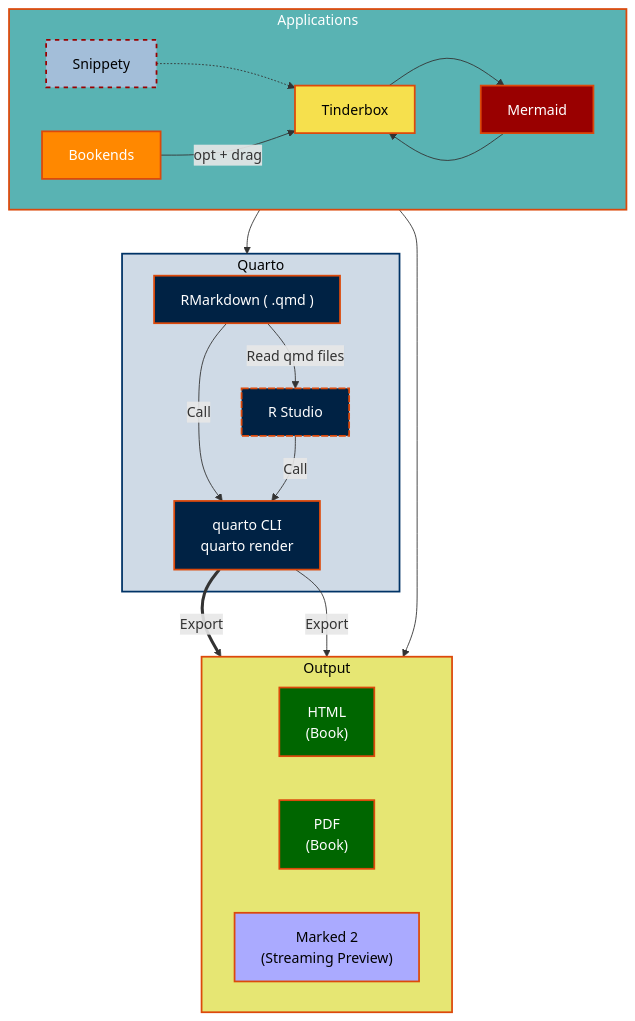
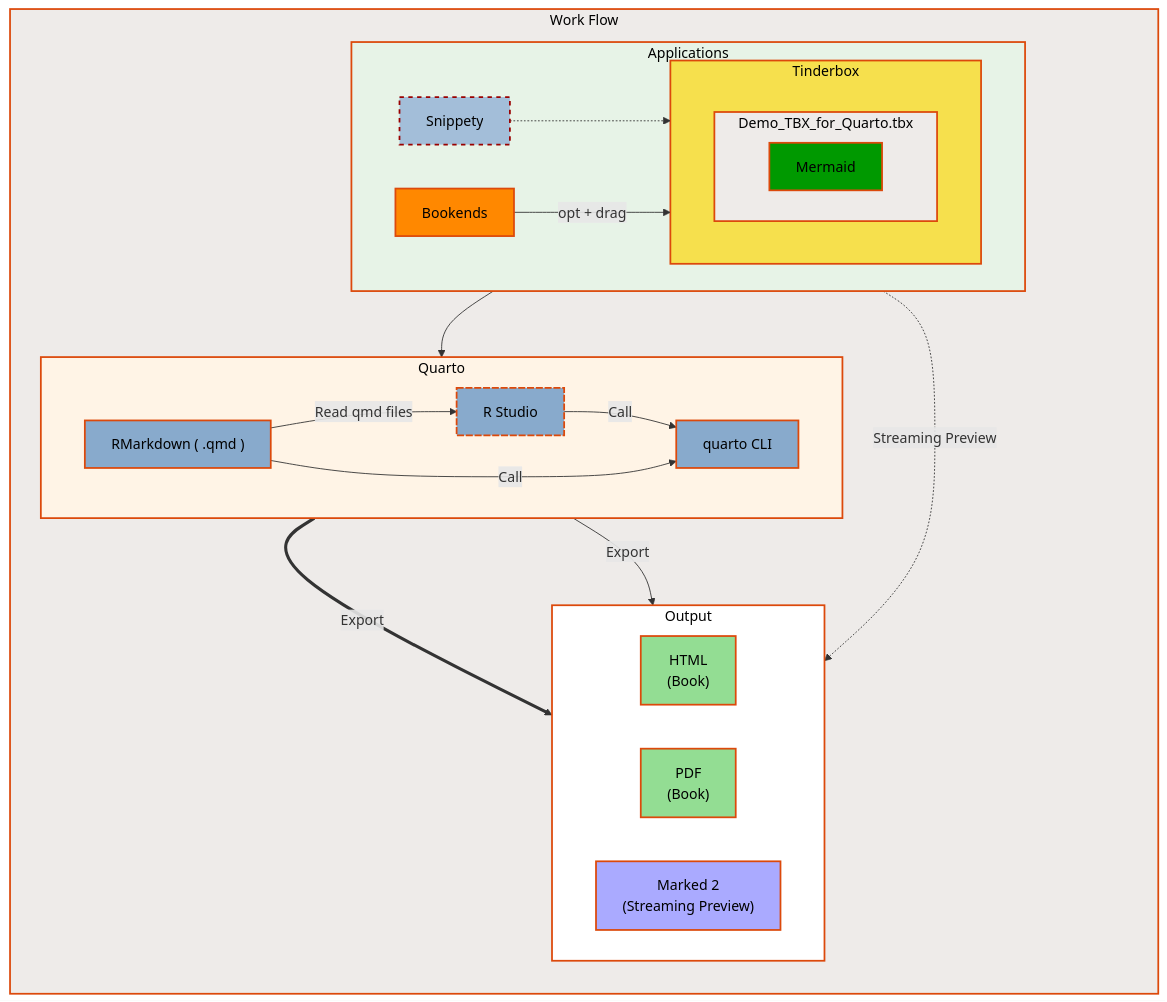
One commit to fryagbye/tinderboxwithquarto changed the diagram in README.md. Above: the diagram before and after it, drawn with Mermaid. The commit also changed other lines of this file and 10 other files, not shown here.

````diff
--- a/README.md
+++ b/README.md
@@ -18,67 +24,84 @@
-```mermaid 
+```mermaid
 %%| label: fig-workflow
 %%| fig-cap: Tinderbox Work Flow with Quarto.
 %%| fig-width: 5
 flowchart TB
-    A["Snippety"] -.->  B["Tinderbox"]
-    B["Tinderbox"] -->  C["Mermaid"]
-    C["Mermaid"] -->  B["Tinderbox"]
-    D["RMarkdown ( .qmd )"] -->|"Call"| F["quarto CLI"]
-    D["RMarkdown ( .qmd )"] -->|"Read qmd files"| E["R Studio"]
-    E["R Studio"] -->|"Call"| F["quarto CLI"]
-    F["quarto CLI
-quarto render
-"] ==>|"Export"| G["HTML
+    A["Snippety"] -.->  Sub1["Tinderbox"]
+    B["Mermaid"]
+    C["Bookends"] -->|"opt + drag"| Sub1["Tinderbox"]
+    D["R Studio"] -->|"Call"| F["quarto CLI"]
+    E["RMarkdown ( .qmd )"] -->|"Read qmd files"| D["R Studio"]
+    E["RMarkdown ( .qmd )"] -->|"Call"| F["quarto CLI"]
+    F["quarto CLI"] ==>|"Export"| G["HTML
 (Book)"]
-    F["quarto CLI
-quarto render
-"] -->|"Export"| H["PDF
+    F["quarto CLI"] -->|"Export"| H["PDF
 (Book)"]
-    J["Bookends"] -->|"opt + drag"| B["Tinderbox"]
+    G["HTML
+(Book)"]
+    H["PDF
+(Book)"]
+    I["Marked 2
+(Streaming Preview)"]
 
- subgraph Sub1["Applications"]
+ subgraph Sub1["Tinderbox"]
+    Sub5
+end
+
+ subgraph Sub2["Applications"]
     direction LR
     A
-    B
-    J
+    Sub1
     C
-end 
+end
 
- subgraph Sub2["Quarto"]
+ subgraph Sub3["Quarto"]
+    direction LR
     D
     E
     F
-end 
+end
 
- subgraph Sub3["Output"]
+ subgraph Sub4["Output"]
     direction LR
+    G
     H
-    G
     I
-end 
+end
 
-Sub1 --> Sub2["Quarto"]
-Sub1 --> I["Marked 2
+ subgraph Sub5["Demo_TBX_for_Quarto.tbx"]
+    B
+end
+
+ subgraph Sub6["Work Flow"]
+    direction TB
+    Sub2
+    Sub3
+    Sub4
+end
+
+    Sub5["Demo_TBX_for_Quarto.tbx"] -->  E["RMarkdown ( .qmd )"]
+    Sub5["Demo_TBX_for_Quarto.tbx"] -.->|"Streaming Preview"| I["Marked 2
 (Streaming Preview)"]
 
 %% Styles & Links
-    style A fill:#a3bed9,color:#000000,stroke:#990000,stroke-width:2px,stroke-dasharray:5 5 
+    style A fill:#a3bed9,color:#000000,stroke:#990000,stroke-width:2px,stroke-dasharray:5 5
     click A href "https://snippety.app/" _blank
-    style B fill:#f6e04d,color:#000000,stroke:#dc490b,stroke-width:2px
-    click B href "https://www.eastgate.com/Tinderbox/" _blank
-    style C fill:#990000,color:#ffffff,stroke:#dc490b,stroke-width:2px
-    style D fill:#002244,color:#ffffff,stroke:#dc490b,stroke-width:2px
-    style E fill:#002244,color:#ffffff,stroke:#dc490b,stroke-width:2px,stroke-dasharray:8 2 
-    click E href "https://posit.co/products/open-source/rstudio/" _blank
-    style F fill:#002244,color:#ffffff,stroke:#dc490b,stroke-width:2px
+    style B fill:#009900,color:#000000,stroke:#dc490b,stroke-width:2px
+    style C fill:#ff8800,color:#000000,stroke:#dc490b,stroke-width:2px
+    style D fill:#88aacc,color:#000000,stroke:#dc490b,stroke-width:2px,stroke-dasharray:8 2
+    click D href "https://posit.co/products/open-source/rstudio/" _blank
+    style E fill:#88aacc,color:#000000,stroke:#dc490b,stroke-width:2px
+    style F fill:#88aacc,color:#000000,stroke:#dc490b,stroke-width:2px
     click F href "https://quarto.org/" _blank
-    style G fill:#006600,color:#ffffff,stroke:#dc490b,stroke-width:2px
-    style H fill:#006600,color:#ffffff,stroke:#dc490b,stroke-width:2px
+    style G fill:#93dd93,color:#000000,stroke:#dc490b,stroke-width:2px
+    style H fill:#93dd93,color:#000000,stroke:#dc490b,stroke-width:2px
     style I fill:#aaaaff,color:#000000,stroke:#dc490b,stroke-width:2px
     click I href "https://marked2app.com/" _blank
-    style J fill:#ff8800,color:#ffffff,stroke:#dc490b,stroke-width:2px
-    style Sub1 fill:#59b3b3,color:#ffffff,stroke:#dc490b,stroke-width:2px
-    style Sub2 fill:#cfdae6,color:#000000,stroke:#003366,stroke-width:2px
-    style Sub3 fill:#e6e673,color:#000000,stroke:#dc490b,stroke-width:2px
+    style Sub1 fill:#f6e04d,color:#000000,stroke:#dc490b,stroke-width:2px
+    style Sub2 fill:#e7f3e7,color:#000000,stroke:#dc490b,stroke-width:2px
+    style Sub3 fill:#fff4e6,color:#000000,stroke:#dc490b,stroke-width:2px
+    style Sub4 fill:#ffffff,color:#000000,stroke:#dc490b,stroke-width:2px
+    style Sub5 fill:#eeebe9,color:#000000,stroke:#dc490b,stroke-width:2px
+    style Sub6 fill:#eeebe9,color:#000000,stroke:#dc490b,stroke-width:2px
 
 ```
````
